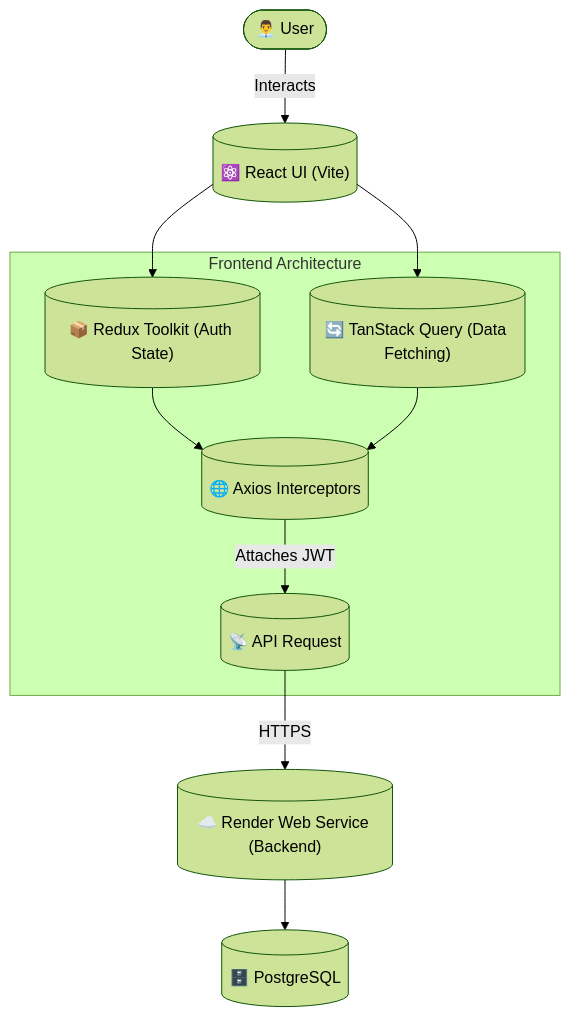
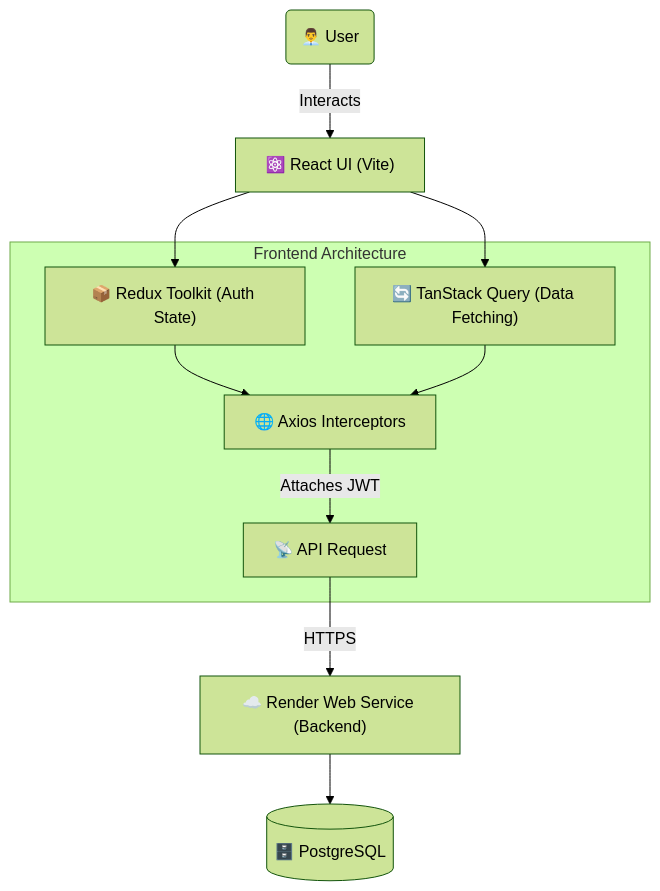
Before and after one commit to tonykuriakose/waziapp-frontend: the diagram in README.md, drawn with Mermaid (forest theme).

Commit message:
docs: fix mermaid syntax

````diff
--- a/README.md
+++ b/README.md
@@ -8,15 +8,15 @@
 ```mermaid
 graph TD
-    User([👨‍💼 User]) -->|Interacts| UI[("⚛️ React UI (Vite)")]
-    UI --> State[("📦 Redux Toolkit (Auth State)")]
-    UI --> Query[("🔄 TanStack Query (Data Fetching)")]
+    User("👨‍💼 User") -->|"Interacts"| UI["⚛️ React UI (Vite)"]
+    UI --> State["📦 Redux Toolkit (Auth State)"]
+    UI --> Query["🔄 TanStack Query (Data Fetching)"]
     
     subgraph "Frontend Architecture"
-        State --> Axios[("🌐 Axios Interceptors")]
+        State --> Axios["🌐 Axios Interceptors"]
         Query --> Axios
-        Axios -->|Attaches JWT| API_Call[("📡 API Request")]
+        Axios -->|"Attaches JWT"| API_Call["📡 API Request"]
     end
     
-    API_Call -->|HTTPS| Backend[("☁️ Render Web Service (Backend)")]
+    API_Call -->|"HTTPS"| Backend["☁️ Render Web Service (Backend)"]
     Backend --> DB[("🗄️ PostgreSQL")]
 ```
````
